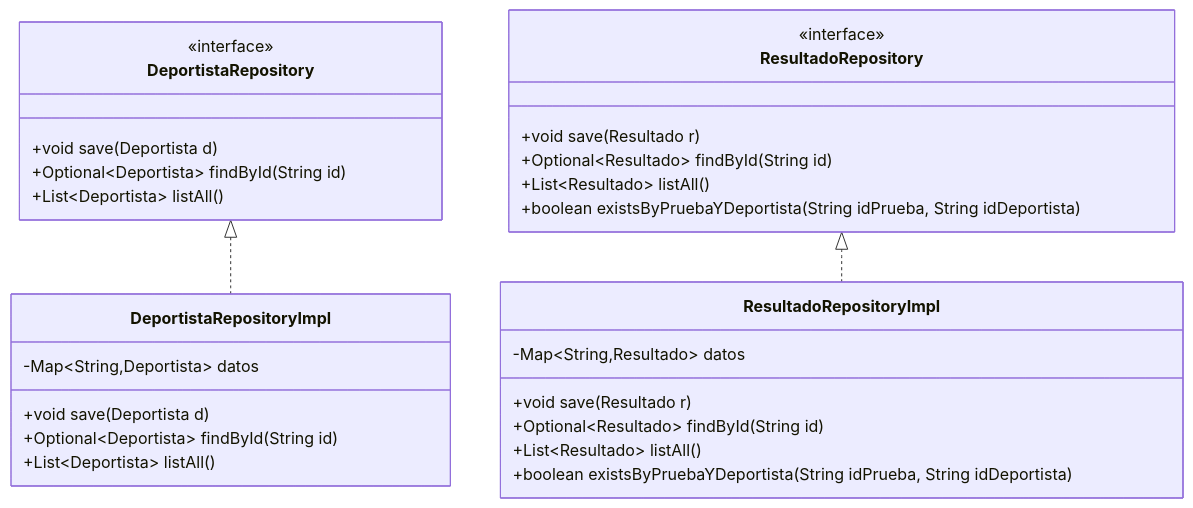
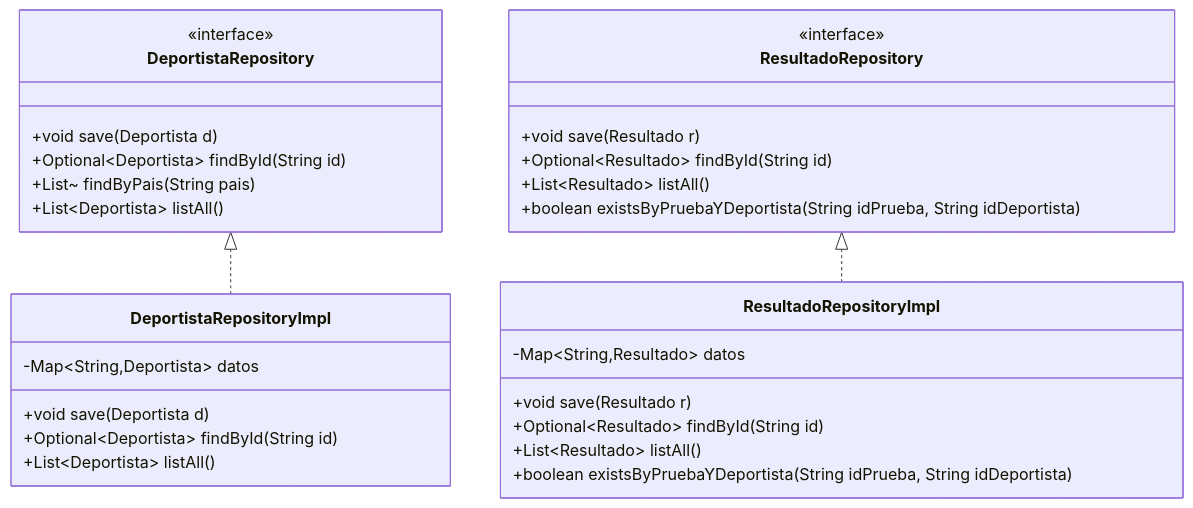
Before and after one commit to FP-Lumara/campeonatos: the second of 3 diagrams in README.md, drawn with Mermaid.

````diff
--- a/README.md
+++ b/README.md
@@ -183,37 +183,38 @@
 ```mermaid
 classDiagram
 direction TB
 
 class DeportistaRepository {
   <<interface>>
   +void save(Deportista d)
   +Optional~Deportista~ findById(String id)
+  +List<Deportista>~ findByPais(String pais)
   +List~Deportista~ listAll()
 }
 
 class ResultadoRepository {
   <<interface>>
   +void save(Resultado r)
   +Optional~Resultado~ findById(String id)
   +List~Resultado~ listAll()
   +boolean existsByPruebaYDeportista(String idPrueba, String idDeportista)
 }
 
 class DeportistaRepositoryImpl {
   -Map~String,Deportista~ datos
   +void save(Deportista d)
   +Optional~Deportista~ findById(String id)
   +List~Deportista~ listAll()
 }
 
 class ResultadoRepositoryImpl {
   -Map~String,Resultado~ datos
   +void save(Resultado r)
   +Optional~Resultado~ findById(String id)
   +List~Resultado~ listAll()
   +boolean existsByPruebaYDeportista(String idPrueba, String idDeportista)
 }
 
 DeportistaRepository <|.. DeportistaRepositoryImpl
 ResultadoRepository <|.. ResultadoRepositoryImpl
 ```
````
